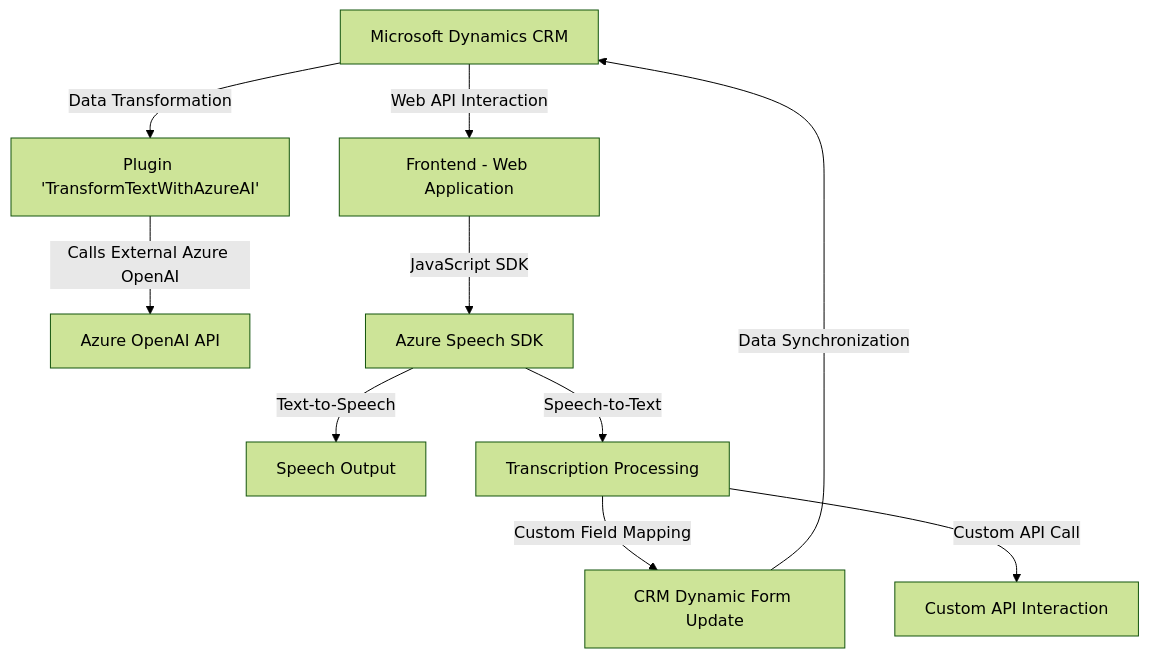
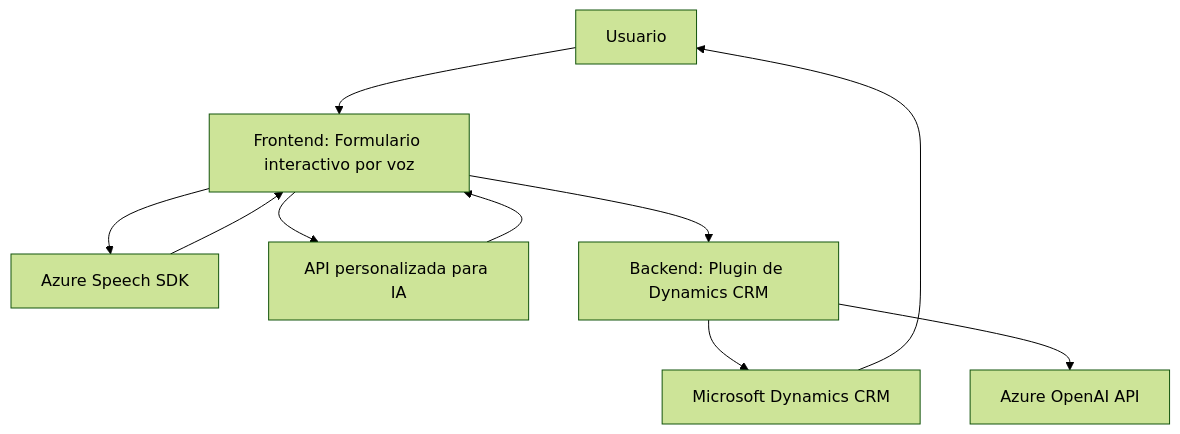
One commit to blopezdm/NETCORE_BILBAO2025 changed the diagram in README.md. Above: the diagram before and after it, drawn with Mermaid (forest theme). The commit also changed other lines of this file, not shown here.

````diff
--- a/README.md
+++ b/README.md
@@ -33,12 +43,12 @@
 ```mermaid
 graph TD
-    A["Microsoft Dynamics CRM"] -->|Data Transformation| B["Plugin 'TransformTextWithAzureAI'"]
-    B -->|Calls External Azure OpenAI| C["Azure OpenAI API"]
-    A -->|Web API Interaction| D["Frontend - Web Application"]
-    D -->|JavaScript SDK| E["Azure Speech SDK"]
-    E -->|Text-to-Speech| F["Speech Output"]
-    E -->|Speech-to-Text| G["Transcription Processing"]
-    G -->|Custom Field Mapping| H["CRM Dynamic Form Update"]
-    G -->|Custom API Call| I["Custom API Interaction"]
-    H --> |Data Synchronization| A
+    A["Usuario"] --> B["Frontend: Formulario interactivo por voz"]
+    B --> C["Azure Speech SDK"]
+    B --> D["API personalizada para IA"]
+    C --> B
+    D --> B
+    B --> E["Backend: Plugin de Dynamics CRM"]
+    E --> F["Microsoft Dynamics CRM"]
+    E --> G["Azure OpenAI API"]
+    F --> A
 ```
````
